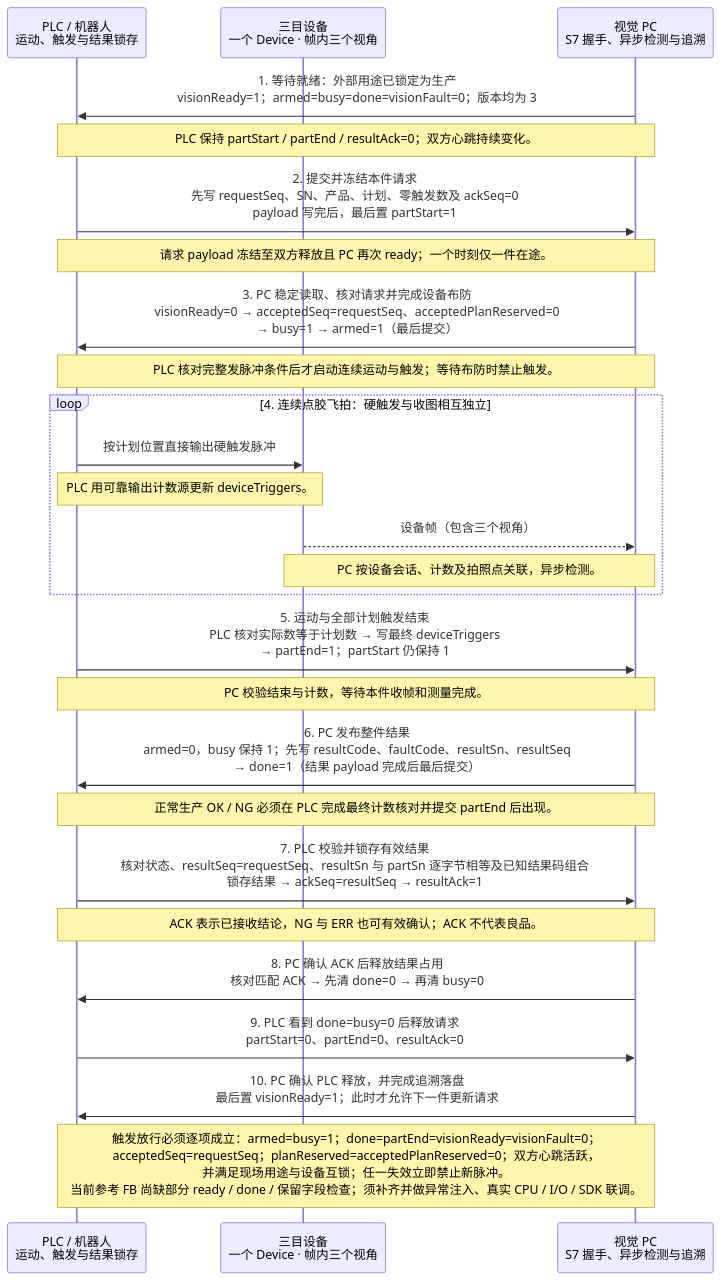
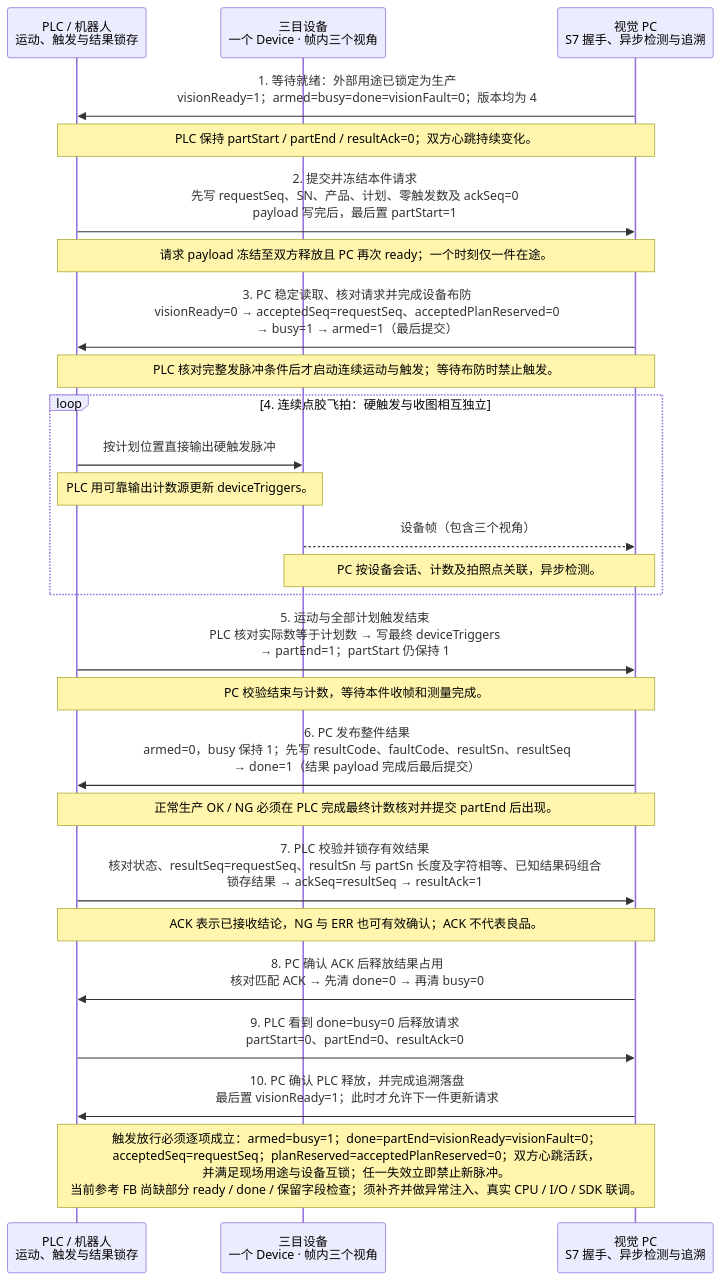
One commit to liangyuR/ly-gluesight changed the first of 3 diagrams in docs/integration/plc-communication-protocol.md. Above: the diagram before and after it, drawn with Mermaid. The commit also changed other lines of this file and 32 other files, not shown here.

````diff
--- a/docs/integration/plc-communication-protocol.md
+++ b/docs/integration/plc-communication-protocol.md
@@ -248,29 +249,29 @@
 ```mermaid
 sequenceDiagram
     participant PLC as PLC / 机器人<br/>运动、触发与结果锁存
     participant DEV as 三目设备<br/>一个 Device · 帧内三个视角
     participant PC as 视觉 PC<br/>S7 握手、异步检测与追溯
 
-    PC->>PLC: 1. 等待就绪：外部用途已锁定为生产<br/>visionReady=1；armed=busy=done=visionFault=0；版本均为 3
+    PC->>PLC: 1. 等待就绪：外部用途已锁定为生产<br/>visionReady=1；armed=busy=done=visionFault=0；版本均为 4
     Note over PLC,PC: PLC 保持 partStart / partEnd / resultAck=0；双方心跳持续变化。
     PLC->>PC: 2. 提交并冻结本件请求<br/>先写 requestSeq、SN、产品、计划、零触发数及 ackSeq=0<br/>payload 写完后，最后置 partStart=1
     Note over PLC,PC: 请求 payload 冻结至双方释放且 PC 再次 ready；一个时刻仅一件在途。
     PC->>PLC: 3. PC 稳定读取、核对请求并完成设备布防<br/>visionReady=0 → acceptedSeq=requestSeq、acceptedPlanReserved=0<br/>→ busy=1 → armed=1（最后提交）
     Note over PLC,PC: PLC 核对完整发脉冲条件后才启动连续运动与触发；等待布防时禁止触发。
     loop 4. 连续点胶飞拍：硬触发与收图相互独立
         PLC->>DEV: 按计划位置直接输出硬触发脉冲
         Note over PLC,DEV: PLC 用可靠输出计数源更新 deviceTriggers。
         DEV-->>PC: 设备帧（包含三个视角）
         Note over DEV,PC: PC 按设备会话、计数及拍照点关联，异步检测。
     end
     PLC->>PC: 5. 运动与全部计划触发结束<br/>PLC 核对实际数等于计划数 → 写最终 deviceTriggers<br/>→ partEnd=1；partStart 仍保持 1
     Note over PLC,PC: PC 校验结束与计数，等待本件收帧和测量完成。
     PC->>PLC: 6. PC 发布整件结果<br/>armed=0，busy 保持 1；先写 resultCode、faultCode、resultSn、resultSeq<br/>→ done=1（结果 payload 完成后最后提交）
     Note over PLC,PC: 正常生产 OK / NG 必须在 PLC 完成最终计数核对并提交 partEnd 后出现。
-    PLC->>PC: 7. PLC 校验并锁存有效结果<br/>核对状态、resultSeq=requestSeq、resultSn 与 partSn 逐字节相等及已知结果码组合<br/>锁存结果 → ackSeq=resultSeq → resultAck=1
+    PLC->>PC: 7. PLC 校验并锁存有效结果<br/>核对状态、resultSeq=requestSeq、resultSn 与 partSn 长度及字符相等、已知结果码组合<br/>锁存结果 → ackSeq=resultSeq → resultAck=1
     Note over PLC,PC: ACK 表示已接收结论，NG 与 ERR 也可有效确认；ACK 不代表良品。
     PC->>PLC: 8. PC 确认 ACK 后释放结果占用<br/>核对匹配 ACK → 先清 done=0 → 再清 busy=0
     PLC->>PC: 9. PLC 看到 done=busy=0 后释放请求<br/>partStart=0、partEnd=0、resultAck=0
     PC->>PLC: 10. PC 确认 PLC 释放，并完成追溯落盘<br/>最后置 visionReady=1；此时才允许下一件更新请求
     Note over PLC,PC: 触发放行必须逐项成立：armed=busy=1；done=partEnd=visionReady=visionFault=0；<br/>acceptedSeq=requestSeq；planReserved=acceptedPlanReserved=0；双方心跳活跃，<br/>并满足现场用途与设备互锁；任一失效立即禁止新脉冲。<br/>当前参考 FB 尚缺部分 ready / done / 保留字段检查；须补齐并做异常注入、真实 CPU / I/O / SDK 联调。
 ```
````
